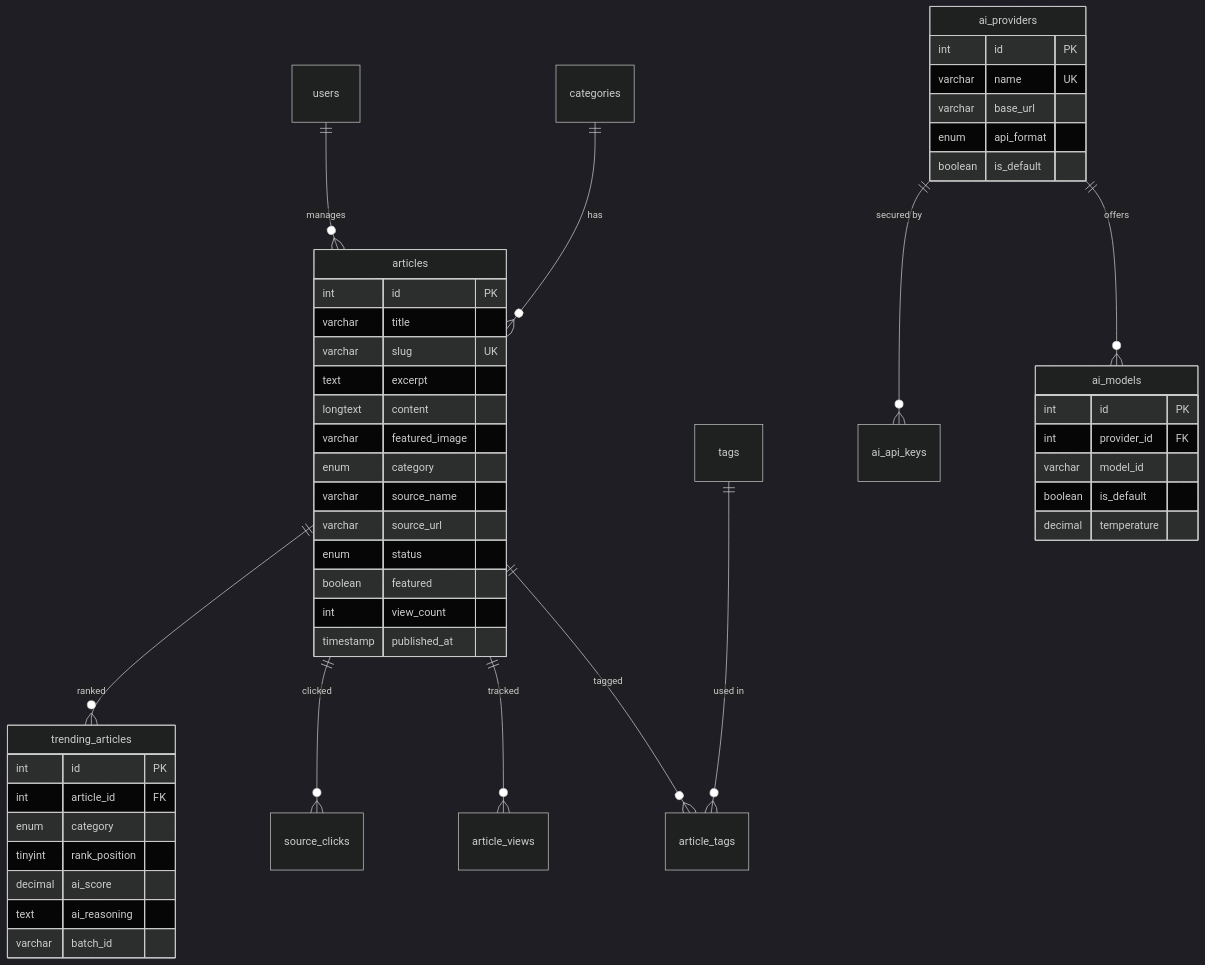
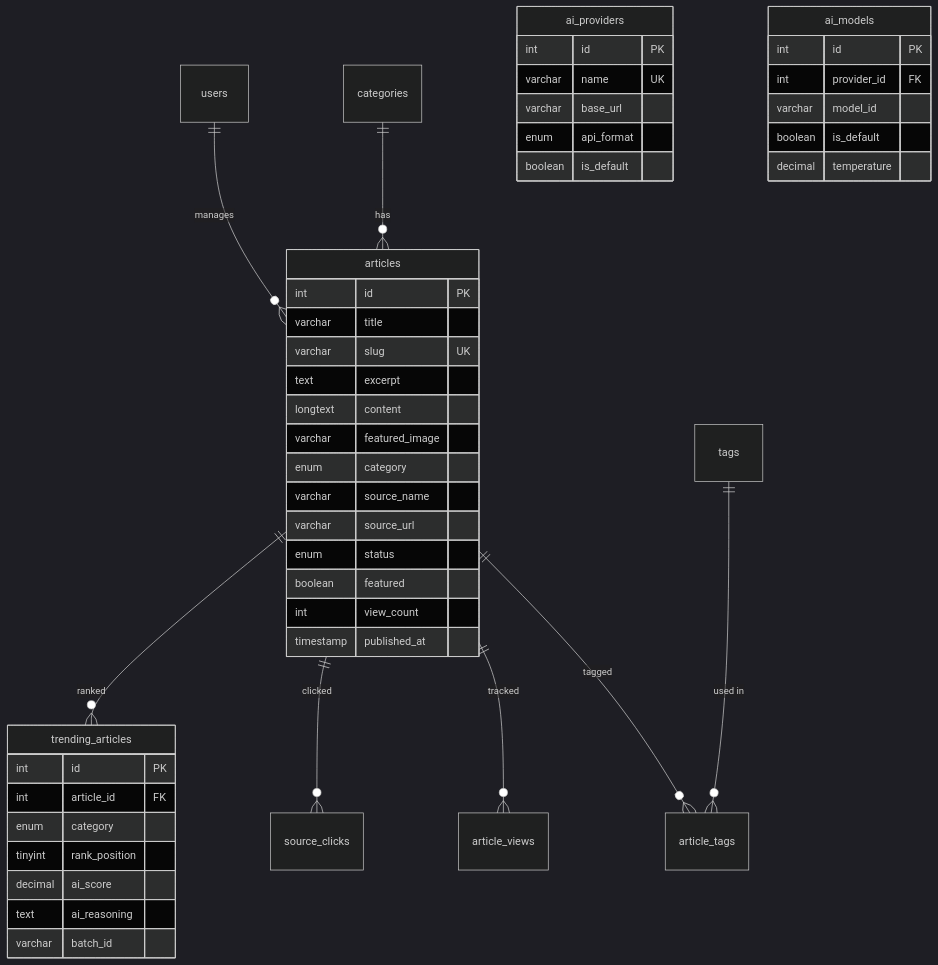
The diagram in docs/06-database-design.md (rameshbgm/belgaum-today), drawn with Mermaid (dark theme) before and after one commit. The commit also changed other lines of this file and 20 other files, not shown here.

````diff
--- a/docs/06-database-design.md
+++ b/docs/06-database-design.md
@@ -15,54 +15,52 @@
 ```mermaid
 erDiagram
     categories ||--o{ articles : "has"
     users ||--o{ articles : "manages"
     articles ||--o{ article_tags : "tagged"
     tags ||--o{ article_tags : "used in"
     articles ||--o{ article_views : "tracked"
     articles ||--o{ source_clicks : "clicked"
     articles ||--o{ trending_articles : "ranked"
-    ai_providers ||--o{ ai_models : "offers"
-    ai_providers ||--o{ ai_api_keys : "secured by"
 
     articles {
         int id PK
         varchar title
         varchar slug UK
         text excerpt
         longtext content
         varchar featured_image
         enum category
         varchar source_name
         varchar source_url
         enum status
         boolean featured
         int view_count
         timestamp published_at
     }
 
     trending_articles {
         int id PK
         int article_id FK
         enum category
         tinyint rank_position
         decimal ai_score
         text ai_reasoning
         varchar batch_id
     }
 
     ai_providers {
         int id PK
         varchar name UK
         varchar base_url
         enum api_format
         boolean is_default
     }
 
     ai_models {
         int id PK
         int provider_id FK
         varchar model_id
         boolean is_default
         decimal temperature
     }
 ```
````
